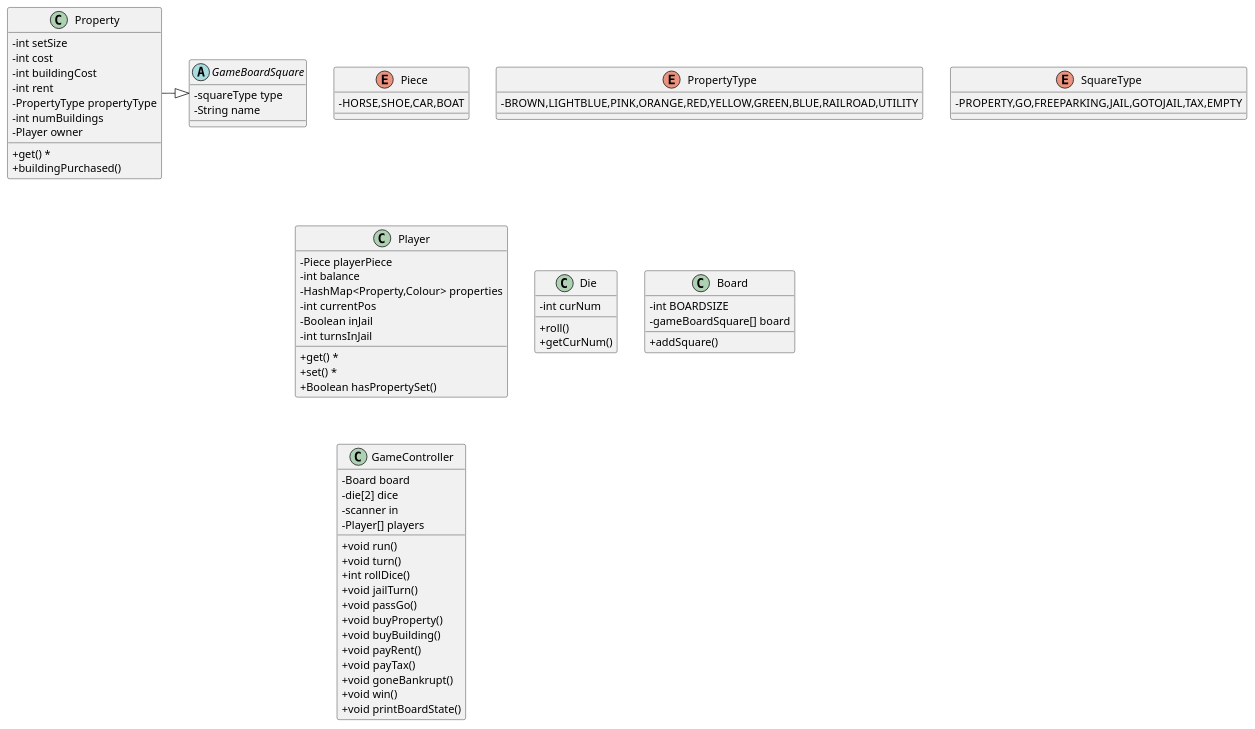
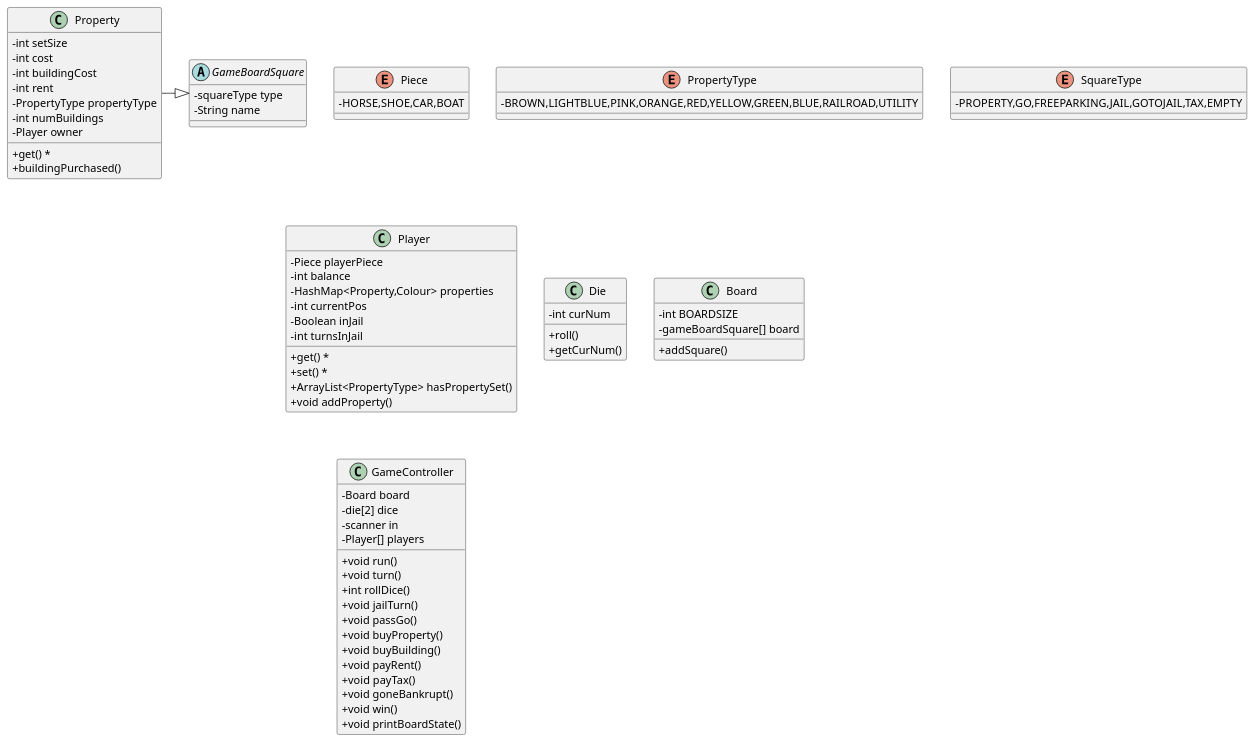
Before and after one commit to Everfeather/monopoly_12: the diagram in src/UML.puml, drawn with PlantUML. The commit also changed 1 other file, not shown here.

Commit message:
adding player class and some minor UML changes to go along with it

```diff
--- a/src/UML.puml
+++ b/src/UML.puml
@@ -1,82 +1,83 @@
 @startuml
 
 'https://plantuml.com/class-diagram
 skinparam classAttributeIconSize 0
 Property -|> GameBoardSquare
 
 enum Piece{
     -HORSE,SHOE,CAR,BOAT
 }
 
 enum PropertyType{
     -BROWN,LIGHTBLUE,PINK,ORANGE,RED,YELLOW,GREEN,BLUE,RAILROAD,UTILITY
 }
 
 enum SquareType{
     -PROPERTY,GO,FREEPARKING,JAIL,GOTOJAIL,TAX,EMPTY
 }
 
 class Player{
     -Piece playerPiece
     -int balance
     -HashMap<Property,Colour> properties
     -int currentPos
     -Boolean inJail
     -int turnsInJail
     + get() *
     + set() *
-    + Boolean hasPropertySet()
+    + ArrayList<PropertyType> hasPropertySet()
+    + void addProperty()
 }
 
 class Die{
     -int curNum
     +roll()
     +getCurNum()
 }
 
 class Board{
     - int BOARDSIZE
     - gameBoardSquare[] board
     + addSquare()
 }
 
 class GameController{
     -Board board
     -die[2] dice
     -scanner in
     -Player[] players
     +void run()
     +void turn()
     +int rollDice()
     +void jailTurn()
     +void passGo()
     +void buyProperty()
     +void buyBuilding()
     +void payRent()
     +void payTax()
     +void goneBankrupt()
     +void win()
     +void printBoardState()
 
 }
 
 abstract class GameBoardSquare{
     -squareType type
     -String name
 }
 
 class Property {
     -int setSize
     -int cost
     -int buildingCost
     -int rent
     -PropertyType propertyType
     -int numBuildings
     -Player owner
     +get() *
     +buildingPurchased()
 
 }
 
 
 @enduml
```
